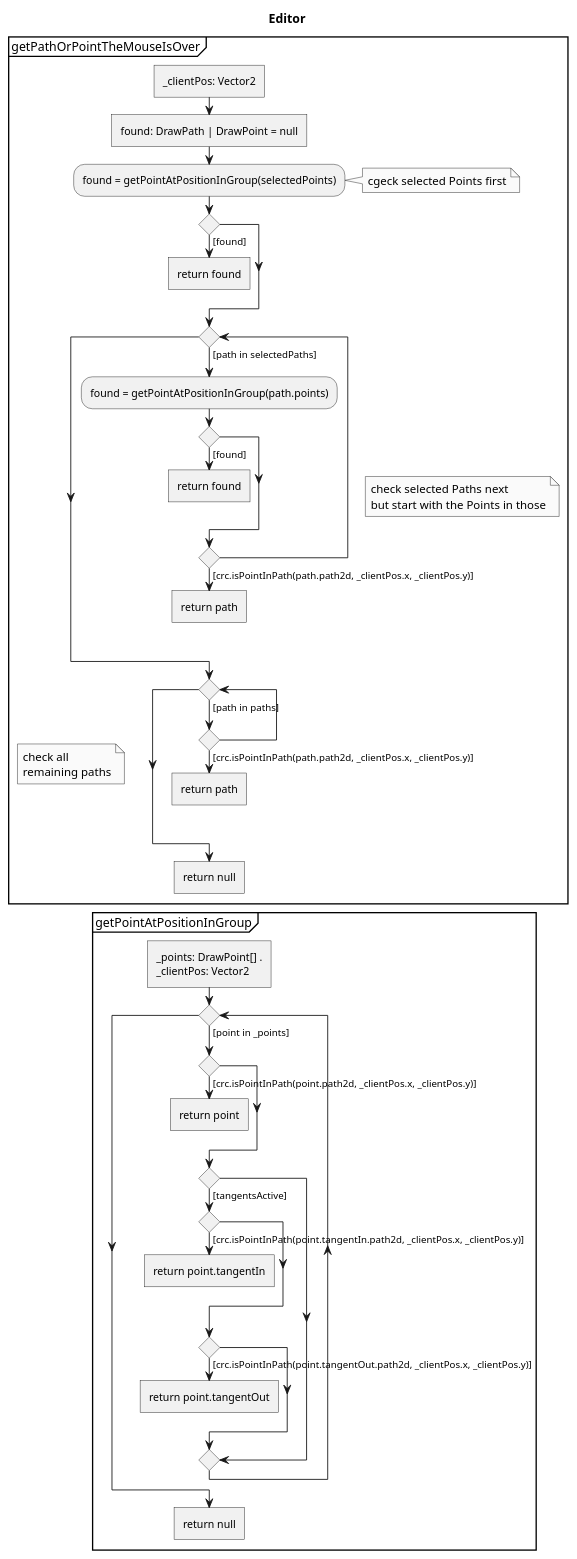
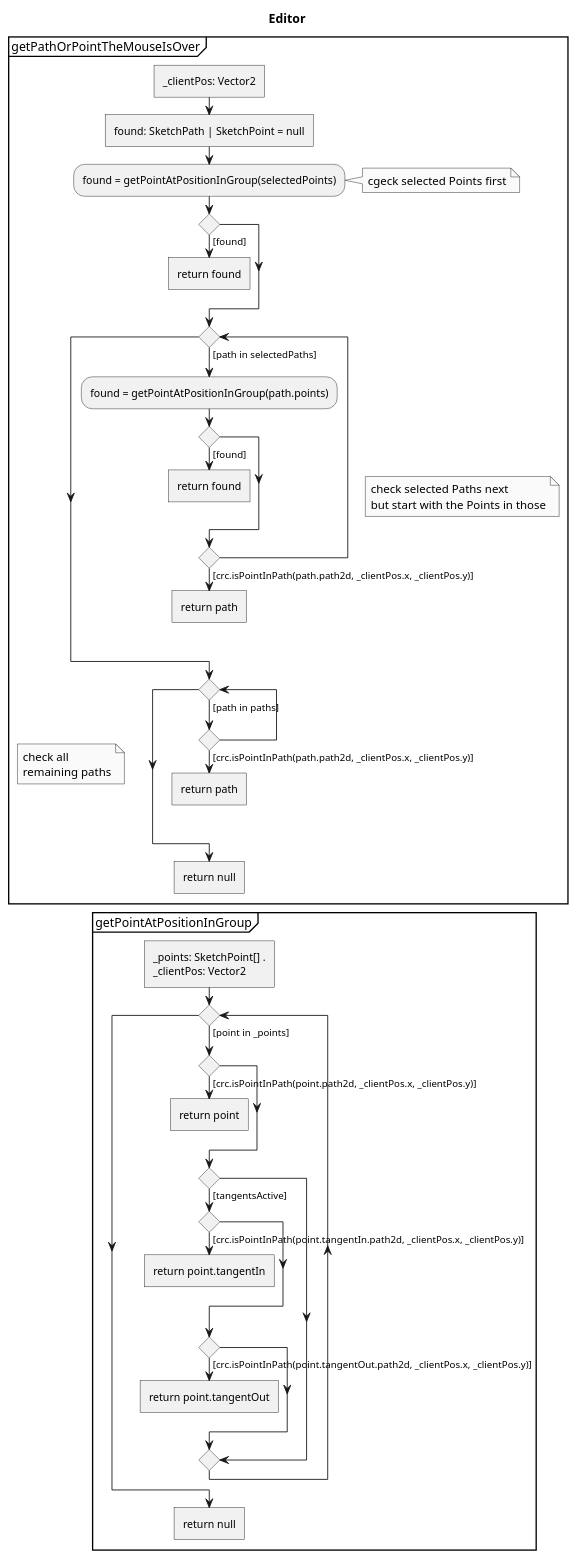
Before and after one commit to JirkaDellOro/FUDGE: the diagram in Experiments/Lukas/VectorEditor/concept/Activities/Editor/getPathOrPointTheMouseIsOver.puml, drawn with PlantUML. The commit also changed 37 other files, not shown here.

Commit message:
more Diagrams, images and fixes

```diff
--- a/Experiments/Lukas/VectorEditor/concept/Activities/Editor/getPathOrPointTheMouseIsOver.puml
+++ b/Experiments/Lukas/VectorEditor/concept/Activities/Editor/getPathOrPointTheMouseIsOver.puml
@@ -1,67 +1,67 @@
 @startuml getPathOrPointTheMouseIsOver
 skinparam monochrome true
 title Editor
 partition getPathOrPointTheMouseIsOver {
 	:_clientPos: Vector2]
-	:found: DrawPath | DrawPoint = null]
+	:found: SketchPath | SketchPoint = null]
 
 	:found = getPointAtPositionInGroup(selectedPoints);
 	note right: cgeck selected Points first
 	if() then ([found])
 		:return found]
 		detach
 	endif
 
 	while() is ([path in selectedPaths])
 		note right 
 		check selected Paths next
 		but start with the Points in those
 		end note
 		:found = getPointAtPositionInGroup(path.points);
 		if() then ([found])
 			:return found]
 			detach
 		endif
 		if() then ([crc.isPointInPath(path.path2d, _clientPos.x, _clientPos.y)])
 			:return path]
 			detach
 		endif
 	endwhile
 
 	while() is ([path in paths])
 		note left
 		check all
 		remaining paths
 		end note
 		if() then ([crc.isPointInPath(path.path2d, _clientPos.x, _clientPos.y)])
 			:return path]
 			detach
 		endif
 	endwhile
 	:return null]
 	detach
 }
 
 partition getPointAtPositionInGroup {
-	:_points: DrawPoint[] .
+	:_points: SketchPoint[] .
 	_clientPos: Vector2 ]
 	while() is ([point in _points])
 		if() then ([crc.isPointInPath(point.path2d, _clientPos.x, _clientPos.y)])
 			:return point]
 			detach
 		endif
 		if () then ([tangentsActive])
 			if() then ([crc.isPointInPath(point.tangentIn.path2d, _clientPos.x, _clientPos.y)])
 				:return point.tangentIn]
 				detach
 			endif
 			if() then ([crc.isPointInPath(point.tangentOut.path2d, _clientPos.x, _clientPos.y)])
 				:return point.tangentOut]
 				detach
 			endif
 		endif
 	endwhile
 	:return null]
 }
 
 @enduml
```
